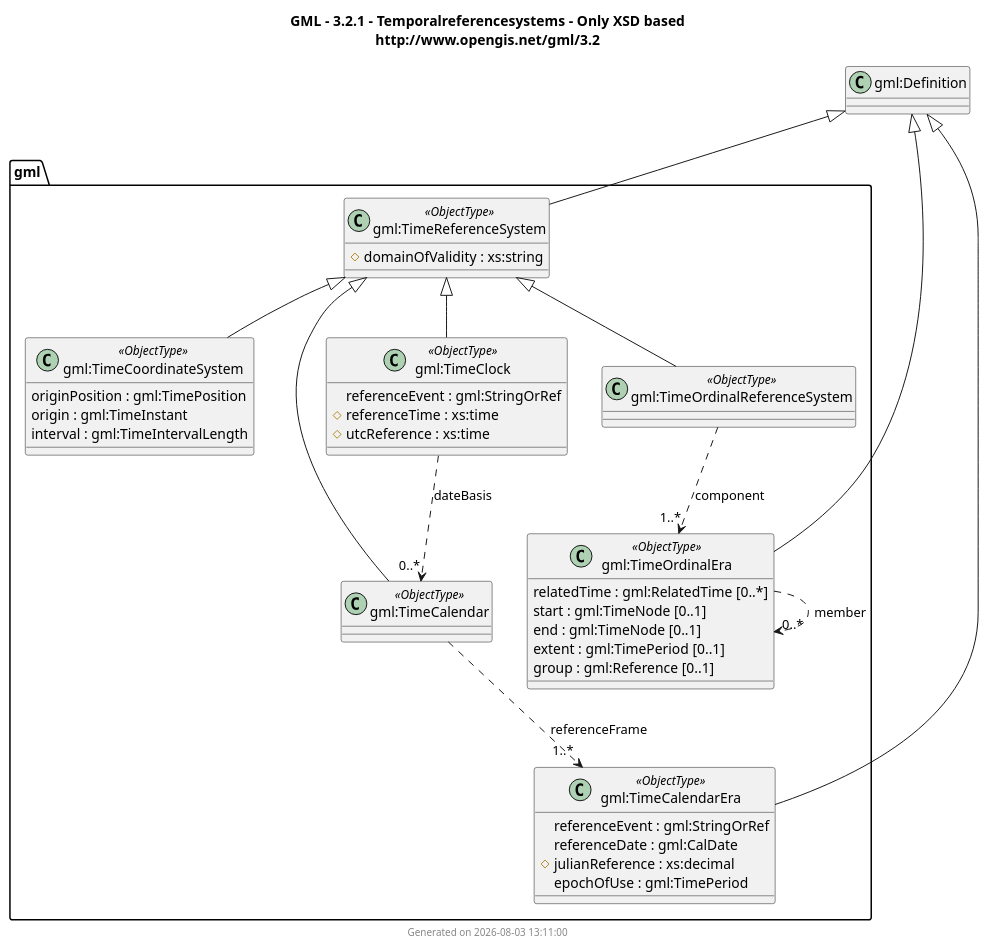
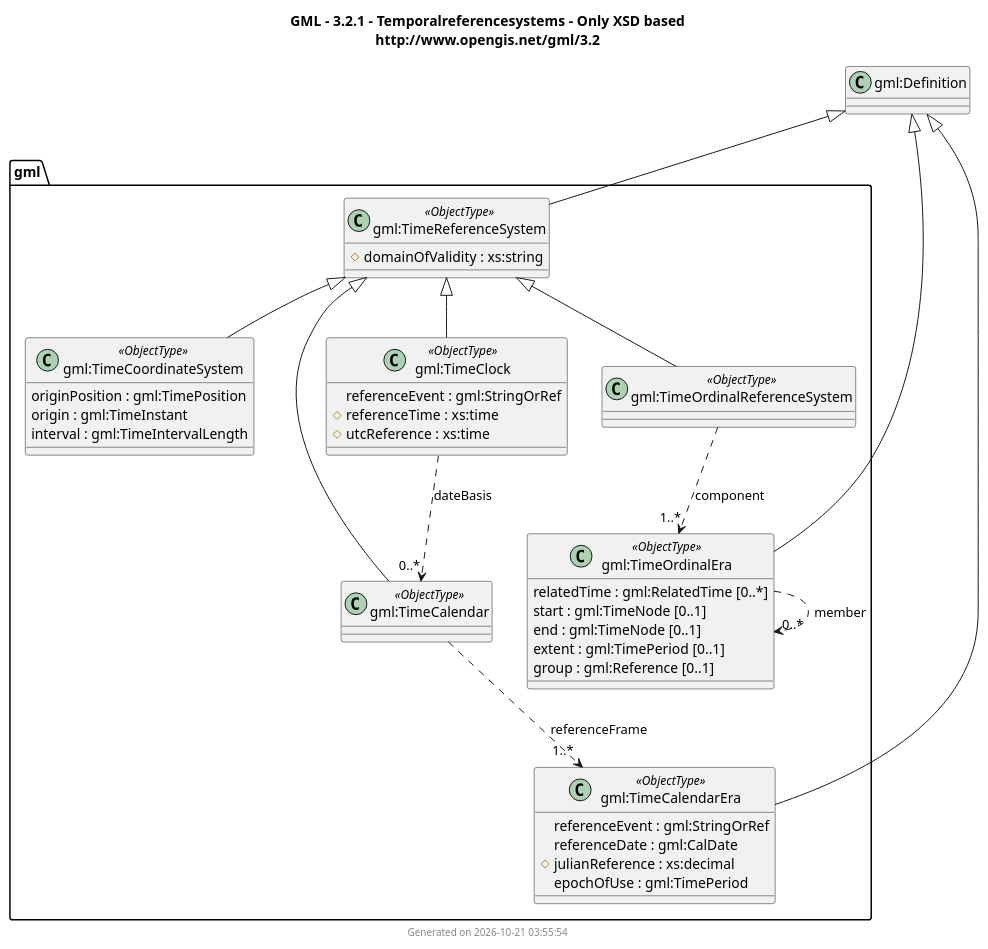
The diagram in docs/output/GML/3.2.1/UMLClassDiagram/temporalreferencesystems.puml (muratkendir/every-class), drawn with PlantUML before and after one commit. The commit also changed 37 other files, not shown here.

Commit message:
cross-compilation diagram generation added.

```diff
--- a/docs/output/GML/3.2.1/UMLClassDiagram/temporalreferencesystems.puml
+++ b/docs/output/GML/3.2.1/UMLClassDiagram/temporalreferencesystems.puml
@@ -1,77 +1,77 @@
 @startuml
 title
   GML - 3.2.1 - Temporalreferencesystems - Only XSD based
   http://www.opengis.net/gml/3.2
 end title
 
 package gml {
-class "gml:TimeReferenceSystem" <<ObjectType>> {
+class "gml:TimeReferenceSystem" as gml_TimeReferenceSystem <<ObjectType>> {
   # domainOfValidity : xs:string
 }
-class "gml:TimeCoordinateSystem" <<ObjectType>> {
+class "gml:TimeCoordinateSystem" as gml_TimeCoordinateSystem <<ObjectType>> {
   originPosition : gml:TimePosition
   origin : gml:TimeInstant
   interval : gml:TimeIntervalLength
 }
-class "gml:TimeCalendar" <<ObjectType>>
-class "gml:TimeCalendarEra" <<ObjectType>> {
+class "gml:TimeCalendar" as gml_TimeCalendar <<ObjectType>>
+class "gml:TimeCalendarEra" as gml_TimeCalendarEra <<ObjectType>> {
   referenceEvent : gml:StringOrRef
   referenceDate : gml:CalDate
   # julianReference : xs:decimal
   epochOfUse : gml:TimePeriod
 }
-class "gml:TimeCalendarProperty" $property {
+class "gml:TimeCalendarProperty" as gml_TimeCalendarProperty $property {
   TimeCalendar : gml:TimeCalendar
 }
-class "gml:TimeCalendarEraProperty" $property {
+class "gml:TimeCalendarEraProperty" as gml_TimeCalendarEraProperty $property {
   TimeCalendarEra : gml:TimeCalendarEra
 }
-class "gml:TimeClock" <<ObjectType>> {
+class "gml:TimeClock" as gml_TimeClock <<ObjectType>> {
   referenceEvent : gml:StringOrRef
   # referenceTime : xs:time
   # utcReference : xs:time
 }
-class "gml:TimeClockProperty" $property {
+class "gml:TimeClockProperty" as gml_TimeClockProperty $property {
   TimeClock : gml:TimeClock
 }
-class "gml:TimeOrdinalReferenceSystem" <<ObjectType>>
-class "gml:TimeOrdinalEra" <<ObjectType>> {
+class "gml:TimeOrdinalReferenceSystem" as gml_TimeOrdinalReferenceSystem <<ObjectType>>
+class "gml:TimeOrdinalEra" as gml_TimeOrdinalEra <<ObjectType>> {
   relatedTime : gml:RelatedTime [0..*]
   start : gml:TimeNode [0..1]
   end : gml:TimeNode [0..1]
   extent : gml:TimePeriod [0..1]
   group : gml:Reference [0..1]
 }
-class "gml:TimeOrdinalEraProperty" $property {
+class "gml:TimeOrdinalEraProperty" as gml_TimeOrdinalEraProperty $property {
   TimeOrdinalEra : gml:TimeOrdinalEra
 }
 }
 
 ' External types (unresolved namespaces)
-class "gml:Definition"
+class "gml:Definition" as gml_Definition
 
-"gml:Definition" <|-- "gml:TimeReferenceSystem"
-"gml:TimeReferenceSystem" <|-- "gml:TimeCoordinateSystem"
-"gml:TimeReferenceSystem" <|-- "gml:TimeCalendar"
-"gml:Definition" <|-- "gml:TimeCalendarEra"
-"gml:TimeReferenceSystem" <|-- "gml:TimeClock"
-"gml:TimeReferenceSystem" <|-- "gml:TimeOrdinalReferenceSystem"
-"gml:Definition" <|-- "gml:TimeOrdinalEra"
+"gml_Definition" <|-- "gml_TimeReferenceSystem"
+"gml_TimeReferenceSystem" <|-- "gml_TimeCoordinateSystem"
+"gml_TimeReferenceSystem" <|-- "gml_TimeCalendar"
+"gml_Definition" <|-- "gml_TimeCalendarEra"
+"gml_TimeReferenceSystem" <|-- "gml_TimeClock"
+"gml_TimeReferenceSystem" <|-- "gml_TimeOrdinalReferenceSystem"
+"gml_Definition" <|-- "gml_TimeOrdinalEra"
 
 ' Class relations (promoted from property wrappers)
-"gml:TimeCalendar" ..> "1..*" "gml:TimeCalendarEra" : referenceFrame
-"gml:TimeClock" ..> "0..*" "gml:TimeCalendar" : dateBasis
-"gml:TimeOrdinalReferenceSystem" ..> "1..*" "gml:TimeOrdinalEra" : component
-"gml:TimeOrdinalEra" ..> "0..*" "gml:TimeOrdinalEra" : member
+"gml_TimeCalendar" ..> "1..*" "gml_TimeCalendarEra" : referenceFrame
+"gml_TimeClock" ..> "0..*" "gml_TimeCalendar" : dateBasis
+"gml_TimeOrdinalReferenceSystem" ..> "1..*" "gml_TimeOrdinalEra" : component
+"gml_TimeOrdinalEra" ..> "0..*" "gml_TimeOrdinalEra" : member
 
 ' Property pseudo-classes are removed from rendering by default;
 ' remove the next line to show them.
 remove $property
 
 ' Attributes with value types from other namespaces are marked as
 ' protected members (# ) and shown by default; uncomment the next
 ' line to hide them.
 ' hide protected members
 
-footer Generated on 2026-08-03 13:11:00
+footer Generated on 2026-10-21 03:55:54
 @enduml
```
